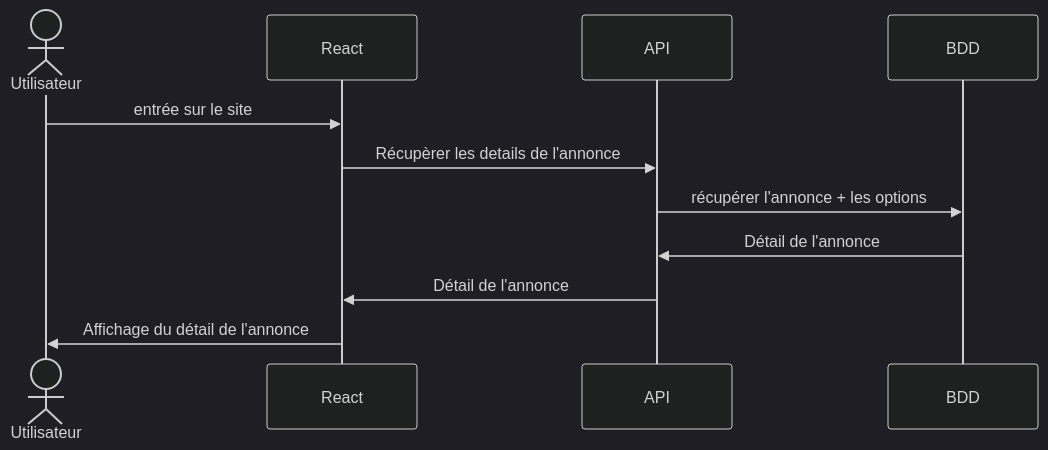
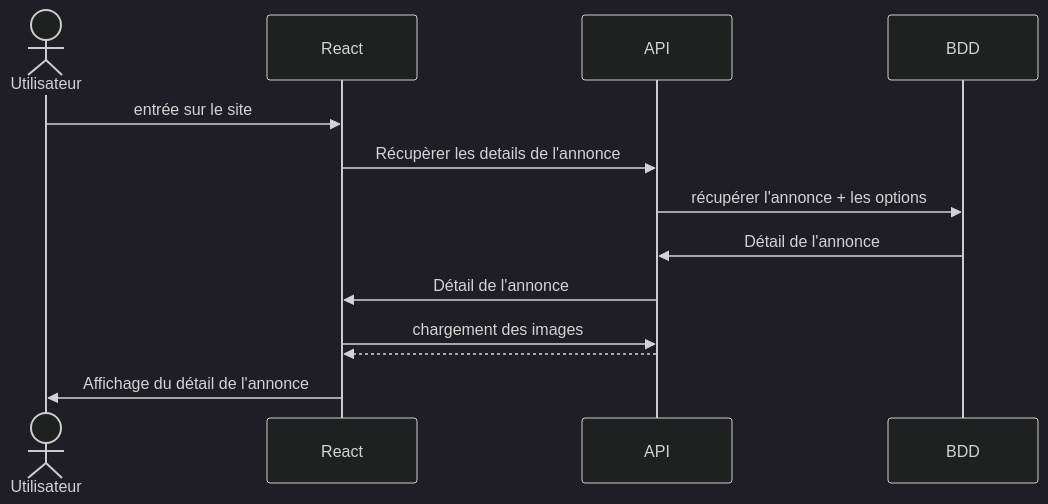
The diagram in docs/sequencedetail.md (pickypou/garage-automobile-front), drawn with Mermaid (dark theme) before and after one commit. The commit also changed 1 other file, not shown here.

Commit message:
sequencecommentaire

````diff
--- a/docs/sequencedetail.md
+++ b/docs/sequencedetail.md
@@ -5,13 +5,15 @@
 ```mermaid
 sequenceDiagram
     actor Utilisateur
     participant React
     participant API
     participant BDD
     Utilisateur ->> React: entrée sur le site
     React ->> API: Récupèrer les details de l'annonce
     API ->> BDD: récupérer l'annonce + les options
     BDD ->> API: Détail de l'annonce
     API ->> React: Détail de l'annonce
+    React ->> API: chargement des images
+    API -->> React:
     React ->> Utilisateur: Affichage du détail de l'annonce 
 ```
````
